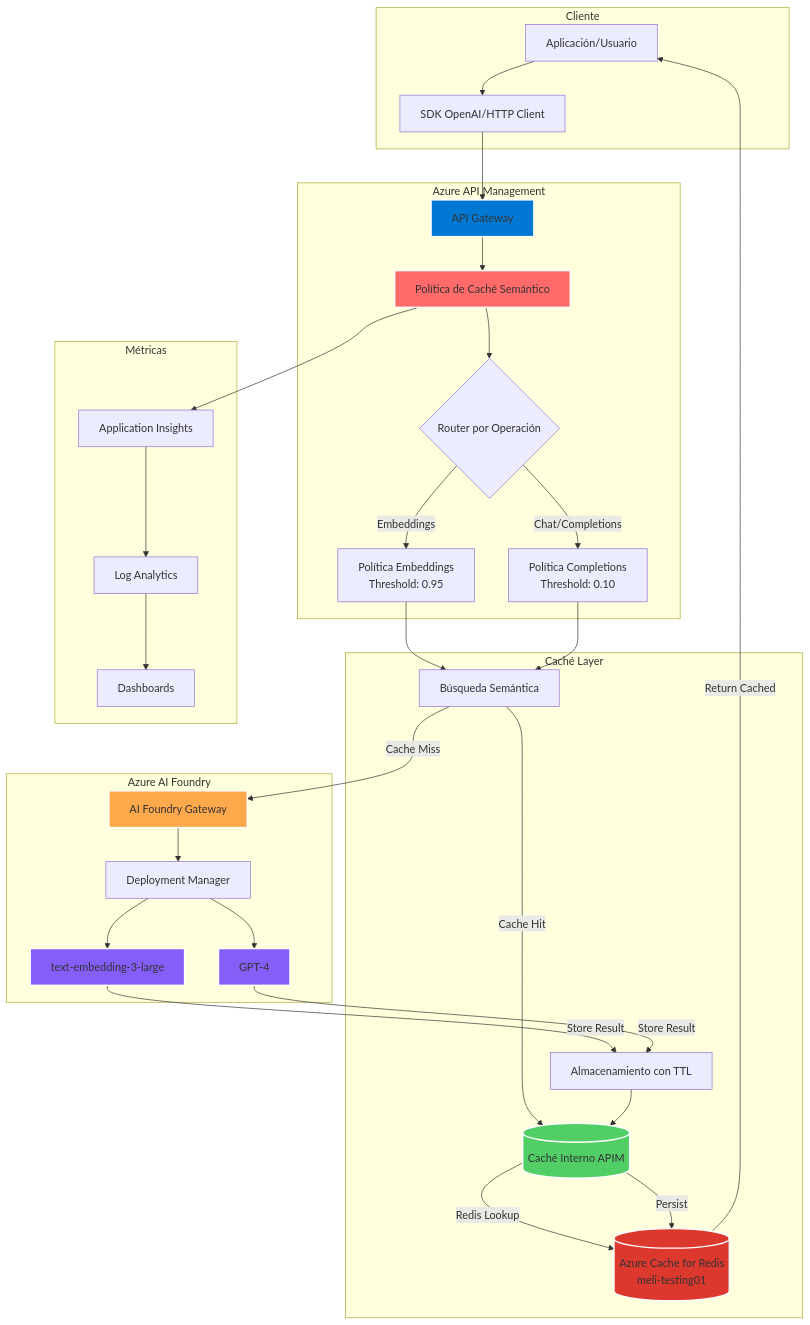
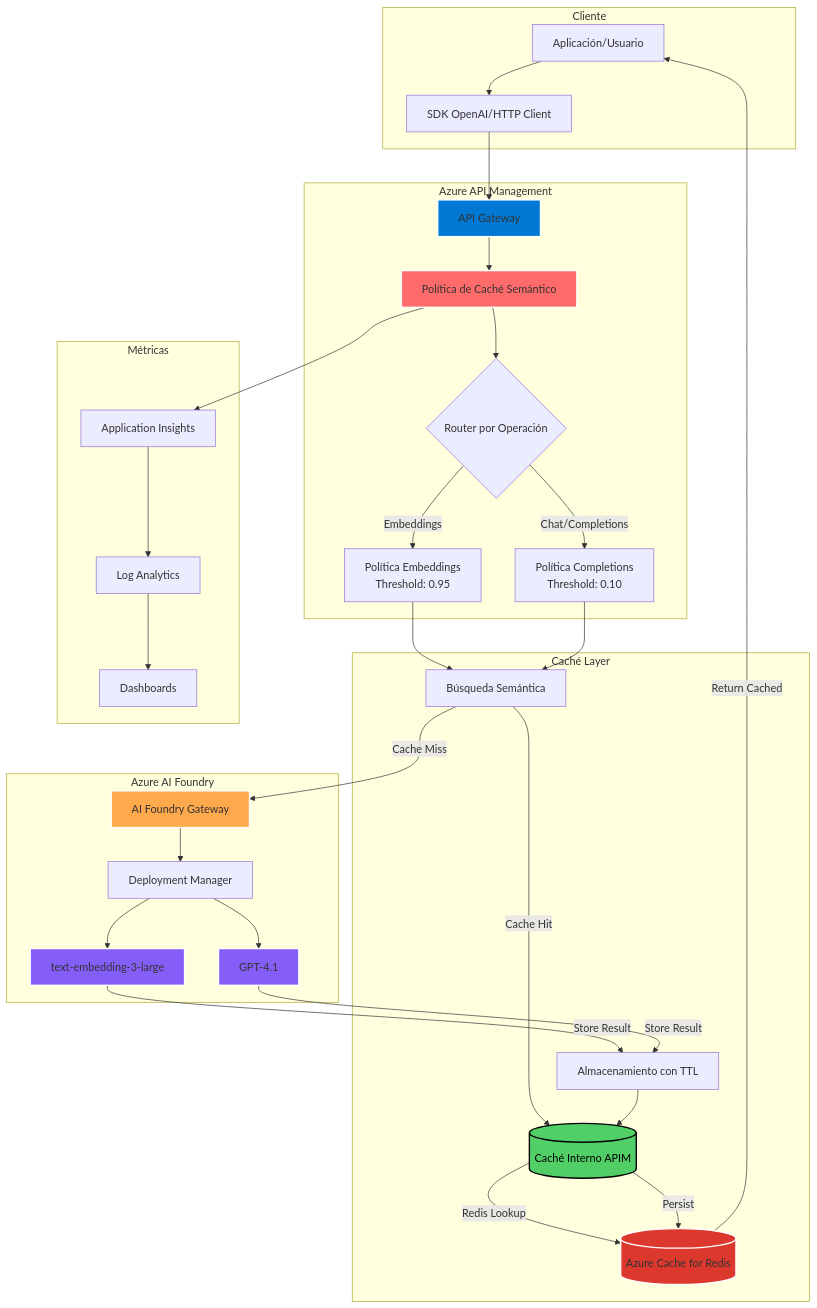
The diagram in README.md (gbecerra1982/Semantic-Cache), drawn with Mermaid before and after one commit. The commit also changed other lines of this file, not shown here.

````diff
--- a/README.md
+++ b/README.md
@@ -17,72 +17,72 @@
 ```mermaid
 graph TB
     subgraph "Cliente"
         A[Aplicación/Usuario]
         B[SDK OpenAI/HTTP Client]
     end
     
     subgraph "Azure API Management"
         C[API Gateway]
         D[Política de Caché Semántico]
         E{Router por Operación}
         F[Política Embeddings<br/>Threshold: 0.95]
         G[Política Completions<br/>Threshold: 0.10]
     end
     
     subgraph "Caché Layer"
         H[(Caché Interno APIM)]
         I[Búsqueda Semántica]
         J[Almacenamiento con TTL]
-        R[(Azure Cache for Redis<br/>meli-testing01)]
+        R[(Azure Cache for Redis)]
     end
     
     subgraph "Azure AI Foundry"
         K[AI Foundry Gateway]
         L[Deployment Manager]
         M[text-embedding-3-large]
-        N[GPT-4]
+        N[GPT-4.1]
     end
     
     subgraph "Métricas"
         O[Application Insights]
         P[Log Analytics]
         Q[Dashboards]
     end
     
     A --> B
     B --> C
     C --> D
     D --> E
     E -->|Embeddings| F
     E -->|Chat/Completions| G
     
     F --> I
     G --> I
     
     I -->|Cache Hit| H
     I -->|Cache Miss| K
     
     H -->|Redis Lookup| R
     R -->|Return Cached| A
     
     K --> L
     L --> M
     L --> N
     
     M -->|Store Result| J
     N -->|Store Result| J
     J --> H
     H -->|Persist| R
     
     D --> O
     O --> P
     P --> Q
     
     style C fill:#0078D4,stroke:#fff,stroke-width:2px
     style D fill:#FF6B6B,stroke:#fff,stroke-width:2px
-    style H fill:#51CF66,stroke:#fff,stroke-width:2px
+    style H fill:#51CF66,stroke:#000,stroke-width:2px,color:#000
     style R fill:#DC382D,stroke:#fff,stroke-width:2px
     style K fill:#FFA94D,stroke:#fff,stroke-width:2px
     style M fill:#845EF7,stroke:#fff,stroke-width:2px
     style N fill:#845EF7,stroke:#fff,stroke-width:2px
 ```
````
